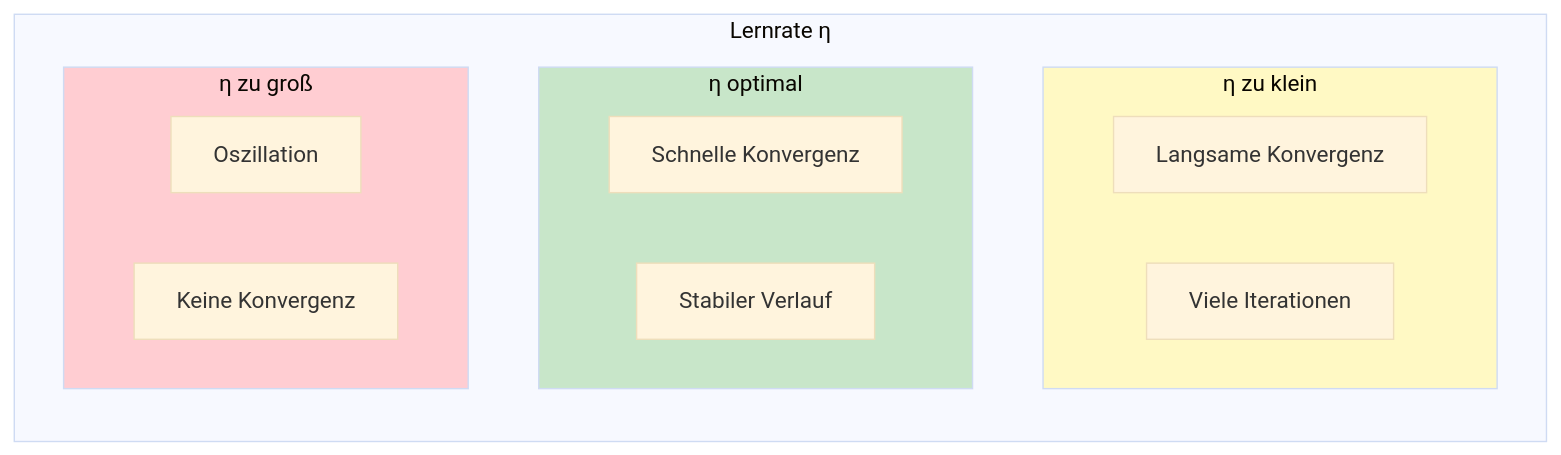
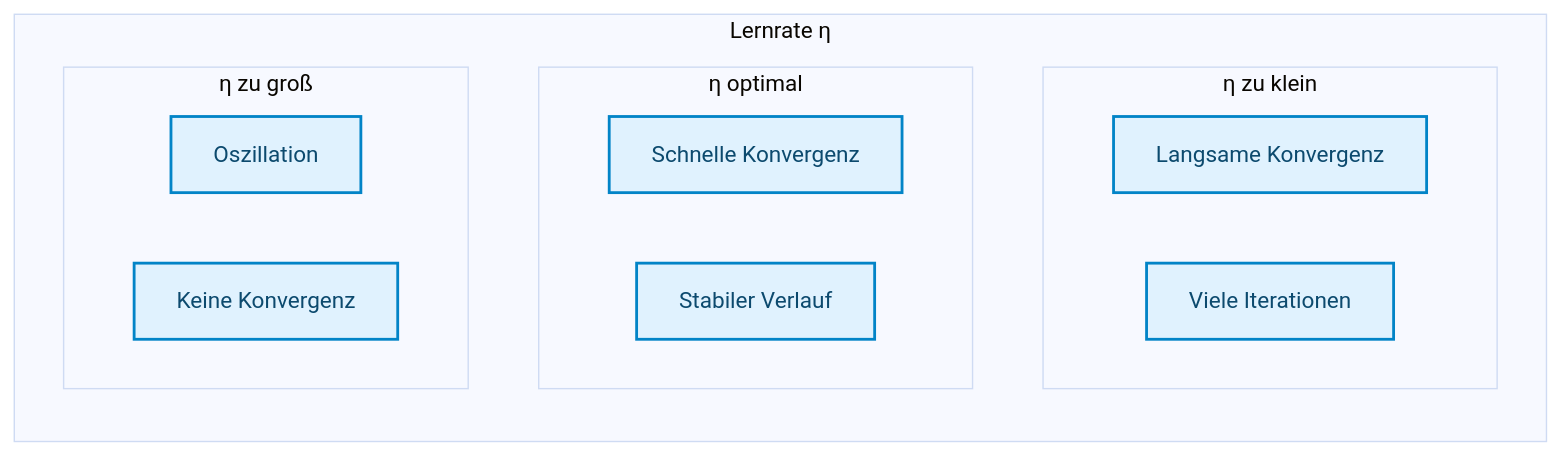
One commit to ralf-42/ML_Intro changed the fourth of 9 diagrams in docs/concepts/modeling/regression.md. Above: the diagram before and after it, drawn with Mermaid (base theme). The commit also changed other lines of this file and 67 other files, not shown here.

````diff
--- a/docs/concepts/modeling/regression.md
+++ b/docs/concepts/modeling/regression.md
@@ -237,25 +240,23 @@
 ```mermaid
 flowchart LR
     subgraph lr["Lernrate η"]
         direction TB
         
         subgraph small["η zu klein"]
             S1["Langsame Konvergenz"]
             S2["Viele Iterationen"]
         end
         
         subgraph optimal["η optimal"]
             O1["Schnelle Konvergenz"]
             O2["Stabiler Verlauf"]
         end
         
         subgraph large["η zu groß"]
             L1["Oszillation"]
             L2["Keine Konvergenz"]
         end
     end
-    
-    style small fill:#fff9c4
-    style optimal fill:#c8e6c9
-    style large fill:#ffcdd2
+
+    classDef default fill:#e0f2fe,stroke:#0284c7,stroke-width:2px,color:#0c4a6e;
 ```
````
